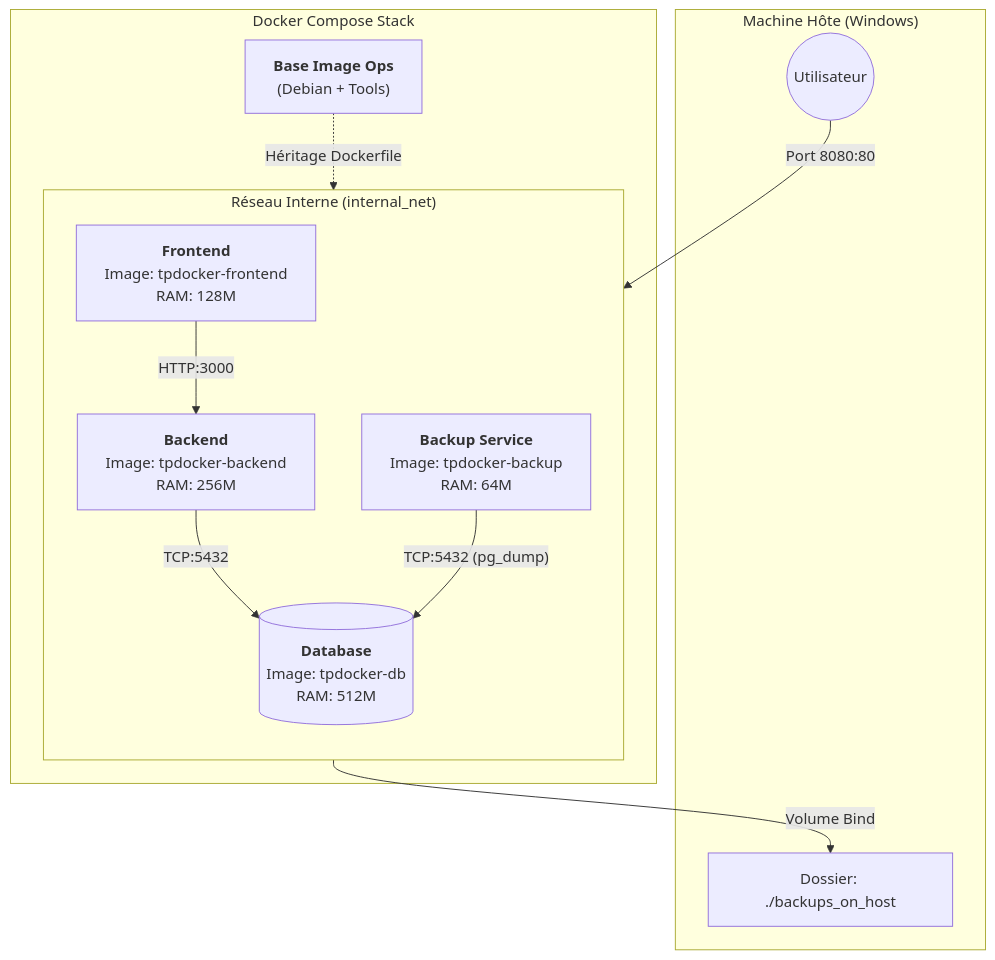
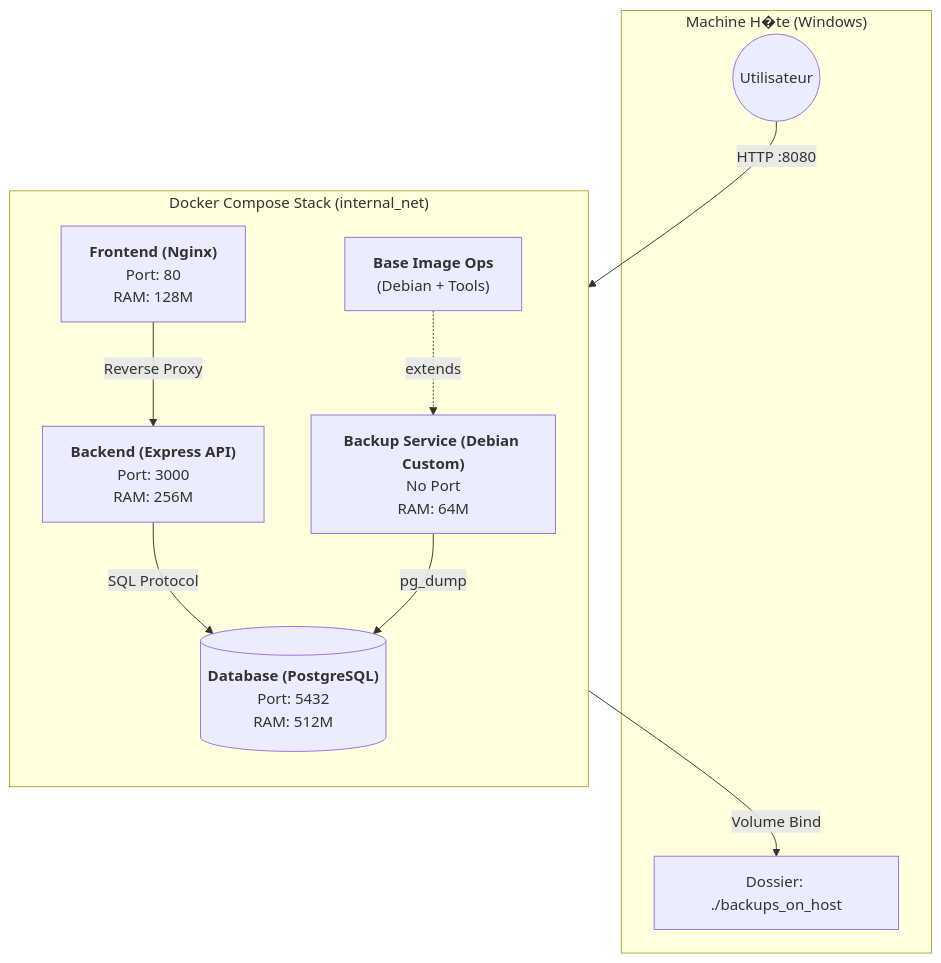
Before and after one commit to lucastrap/TPDocker: the diagram in ARCHITECTURE.md, drawn with Mermaid. The commit also changed other lines of this file and 6 other files, not shown here.

````diff
--- a/ARCHITECTURE.md
+++ b/ARCHITECTURE.md
@@ -7,29 +7,26 @@
 ```mermaid
 graph TD
-    subgraph Host_Windows ["Machine Hôte (Windows)"]
+    subgraph Host_Windows ["Machine H�te (Windows)"]
         User((Utilisateur))
         HostVol["Dossier: ./backups_on_host"]
     end
 
-    subgraph Docker_Stack ["Docker Compose Stack"]
+    subgraph Docker_Stack ["Docker Compose Stack (internal_net)"]
+        direction TB
         
-        subgraph Network ["Réseau Interne (internal_net)"]
-            direction TB
-            
-            Front["<b>Frontend</b><br/>Image: tpdocker-frontend<br/>RAM: 128M"]
-            Back["<b>Backend</b><br/>Image: tpdocker-backend<br/>RAM: 256M"]
-            DB[("<b>Database</b><br/>Image: tpdocker-db<br/>RAM: 512M")]
-            Backup["<b>Backup Service</b><br/>Image: tpdocker-backup<br/>RAM: 64M"]
-        end
-
-        %% Image Inheritance Overlay (Conceptual)
-        BaseImage["<b>Base Image Ops</b><br/>(Debian + Tools)"] -.->|Héritage Dockerfile| Backup
+        Front["<b>Frontend (Nginx)</b><br/>Port: 80<br/>RAM: 128M"]
+        Back["<b>Backend (Express API)</b><br/>Port: 3000<br/>RAM: 256M"]
+        DB[("<b>Database (PostgreSQL)</b><br/>Port: 5432<br/>RAM: 512M")]
+        Backup["<b>Backup Service (Debian Custom)</b><br/>No Port<br/>RAM: 64M"]
+        
+        %% Inheritance
+        BaseImage["<b>Base Image Ops</b><br/>(Debian + Tools)"] -.->|extends| Backup
     end
 
     %% Connections
-    User -- "Port 8080:80" --> Front
-    Front -- "HTTP:3000" --> Back
-    Back -- "TCP:5432" --> DB
-    Backup -- "TCP:5432 (pg_dump)" --> DB
+    User -- "HTTP :8080" --> Front
+    Front -- "Reverse Proxy" --> Back
+    Back -- "SQL Protocol" --> DB
+    Backup -- "pg_dump" --> DB
     Backup -- "Volume Bind" --> HostVol
 ```
````
